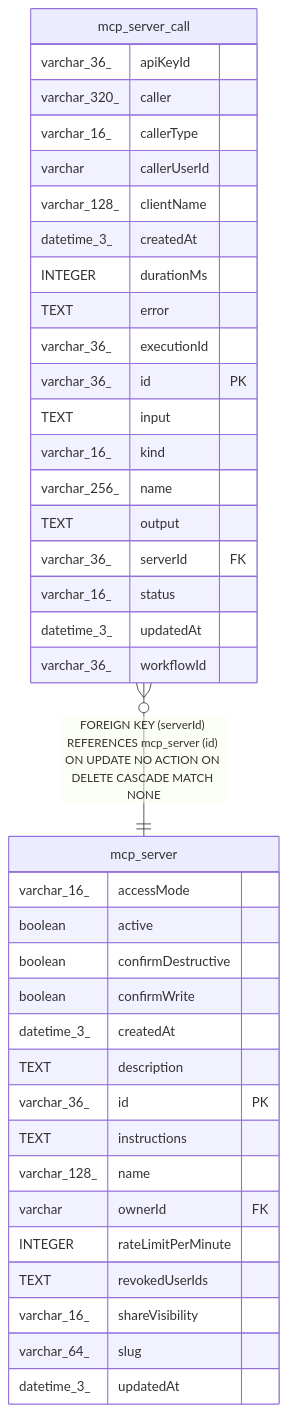
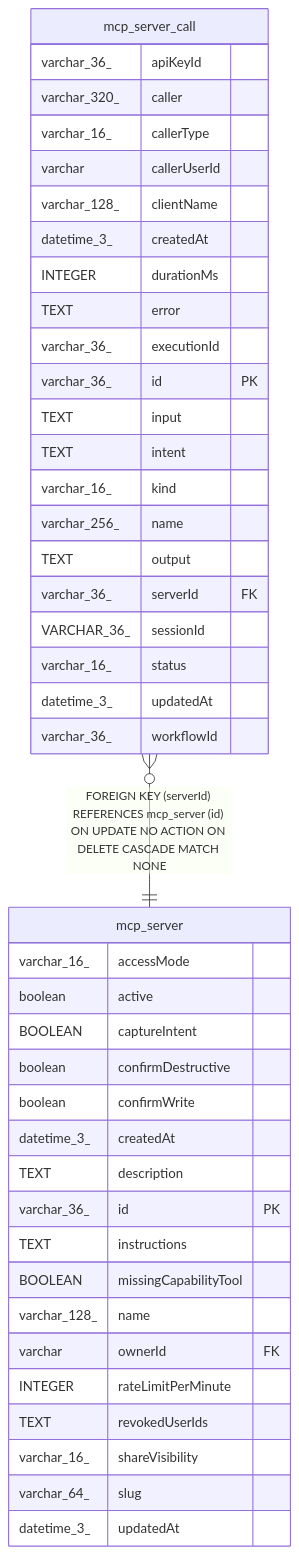
One commit to Kimou-VM/n8n changed the diagram in docs/generated/sqlite-schema/mcp_server_call.md. Above: the diagram before and after it, drawn with Mermaid. The commit also changed other lines of this file and 27 other files, not shown here.

Commit message:
feat(core): Add call reason, missing tool requests and sessions to MCP servers (no-changelog)

````diff
--- a/docs/generated/sqlite-schema/mcp_server_call.md
+++ b/docs/generated/sqlite-schema/mcp_server_call.md
@@ -54,43 +56,47 @@
 ```mermaid
 erDiagram
 
 "mcp_server_call" }o--|| "mcp_server" : "FOREIGN KEY (serverId) REFERENCES mcp_server (id) ON UPDATE NO ACTION ON DELETE CASCADE MATCH NONE"
 
 "mcp_server_call" {
   varchar_36_ apiKeyId
   varchar_320_ caller
   varchar_16_ callerType
   varchar callerUserId
   varchar_128_ clientName
   datetime_3_ createdAt
   INTEGER durationMs
   TEXT error
   varchar_36_ executionId
   varchar_36_ id PK
   TEXT input
+  TEXT intent
   varchar_16_ kind
   varchar_256_ name
   TEXT output
   varchar_36_ serverId FK
+  VARCHAR_36_ sessionId
   varchar_16_ status
   datetime_3_ updatedAt
   varchar_36_ workflowId
 }
 "mcp_server" {
   varchar_16_ accessMode
   boolean active
+  BOOLEAN captureIntent
   boolean confirmDestructive
   boolean confirmWrite
   datetime_3_ createdAt
   TEXT description
   varchar_36_ id PK
   TEXT instructions
+  BOOLEAN missingCapabilityTool
   varchar_128_ name
   varchar ownerId FK
   INTEGER rateLimitPerMinute
   TEXT revokedUserIds
   varchar_16_ shareVisibility
   varchar_64_ slug
   datetime_3_ updatedAt
 }
 ```
````
